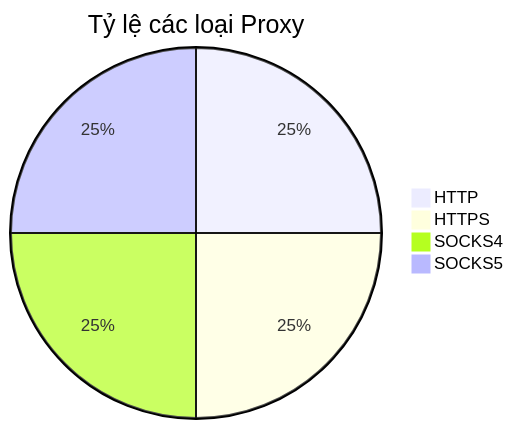
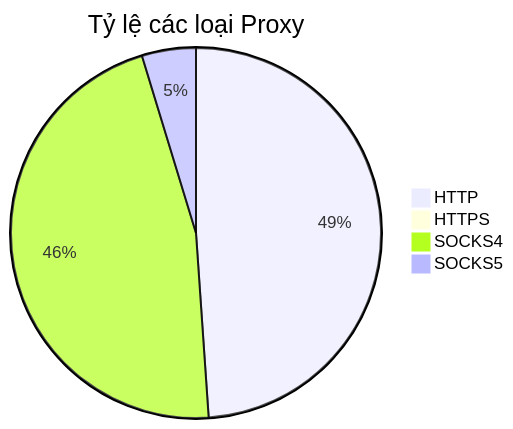
One commit to Ciara-Aa/PROXY-free changed the diagram in README.md. Above: the diagram before and after it, drawn with Mermaid. The commit also changed other lines of this file, not shown here.

````diff
--- a/README.md
+++ b/README.md
@@ -26,7 +26,7 @@
 ```mermaid
 pie title Tỷ lệ các loại Proxy
-    "HTTP" : 1
-    "HTTPS" : 1
-    "SOCKS4" : 1
-    "SOCKS5" : 1
+    "HTTP" : 716
+    "HTTPS" : 0
+    "SOCKS4" : 679
+    "SOCKS5" : 69
 ```
````
